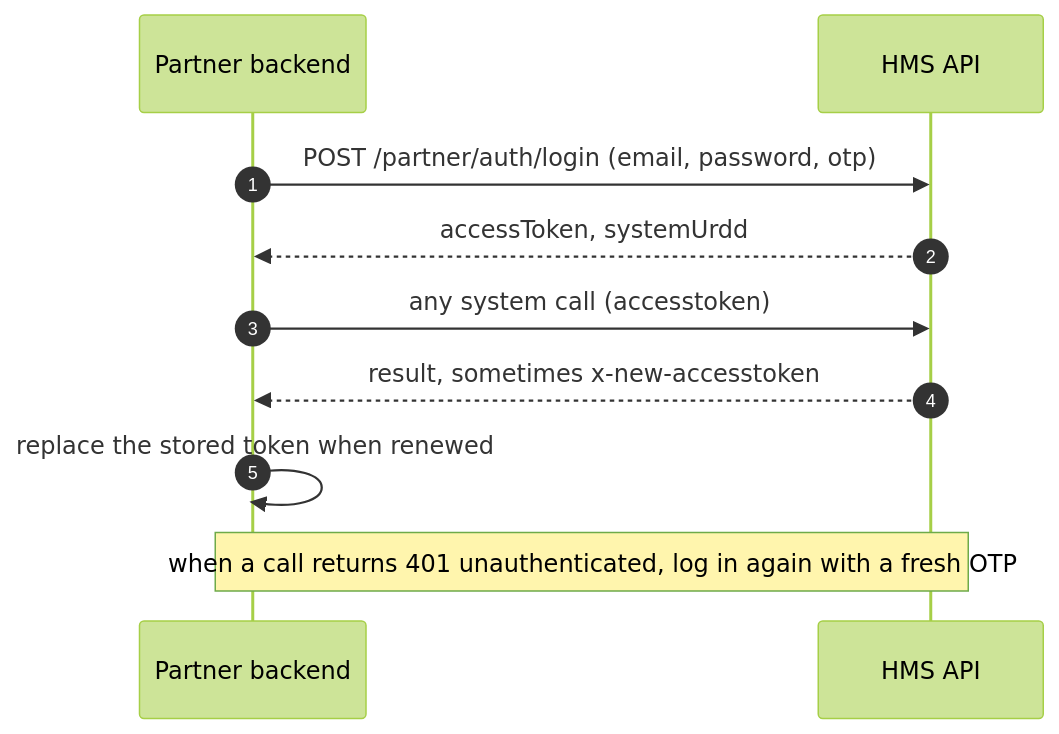
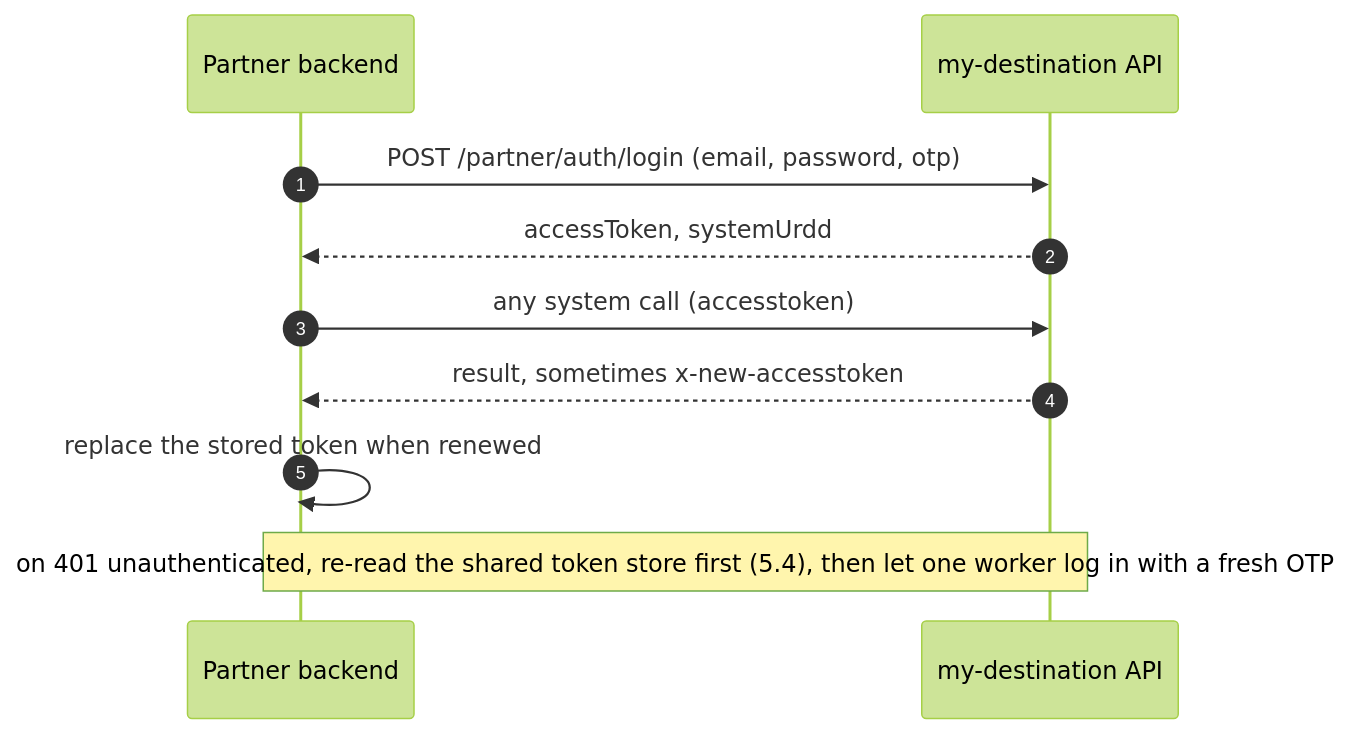
One commit to Aashir-Adnan/UBS-Doc changed the second of 6 diagrams in docs/hms-documentation/visits/partner-integration-guide.md. Above: the diagram before and after it, drawn with Mermaid (forest theme). The commit also changed other lines of this file and 24 other files, not shown here.

````diff
--- a/docs/hms-documentation/visits/partner-integration-guide.md
+++ b/docs/hms-documentation/visits/partner-integration-guide.md
@@ -267,12 +296,12 @@
 ```mermaid
 sequenceDiagram
   autonumber
   participant P as Partner backend
-  participant H as HMS API
+  participant H as my-destination API
   P->>H: POST /partner/auth/login (email, password, otp)
   H-->>P: accessToken, systemUrdd
   P->>H: any system call (accesstoken)
   H-->>P: result, sometimes x-new-accesstoken
   P->>P: replace the stored token when renewed
-  Note over P,H: when a call returns 401 unauthenticated, log in again with a fresh OTP
+  Note over P,H: on 401 unauthenticated, re-read the shared token store first (5.4), then let one worker log in with a fresh OTP
 ```
````
